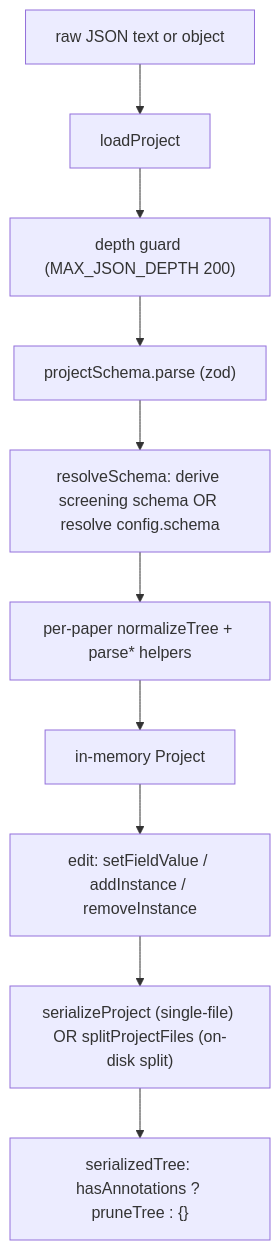
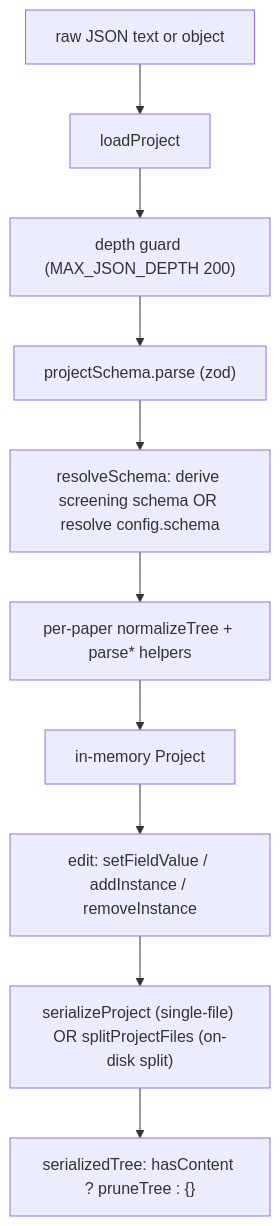
One commit to Gram21/SaiLoR changed the diagram in openwiki/concepts/data-model.md. Above: the diagram before and after it, drawn with Mermaid. The commit also changed other lines of this file and 17 other files, not shown here.

````diff
--- a/openwiki/concepts/data-model.md
+++ b/openwiki/concepts/data-model.md
@@ -237,12 +246,12 @@
 ```mermaid
 flowchart TD
   A["raw JSON text or object"] --> B["loadProject"]
   B --> C["depth guard (MAX_JSON_DEPTH 200)"]
   C --> D["projectSchema.parse (zod)"]
   D --> E["resolveSchema: derive screening schema OR resolve config.schema"]
   E --> F["per-paper normalizeTree + parse* helpers"]
   F --> G["in-memory Project"]
   G --> H["edit: setFieldValue / addInstance / removeInstance"]
   H --> I["serializeProject (single-file) OR splitProjectFiles (on-disk split)"]
-  I --> J["serializedTree: hasAnnotations ? pruneTree : {}"]
+  I --> J["serializedTree: hasContent ? pruneTree : {}"]
 ```
````
